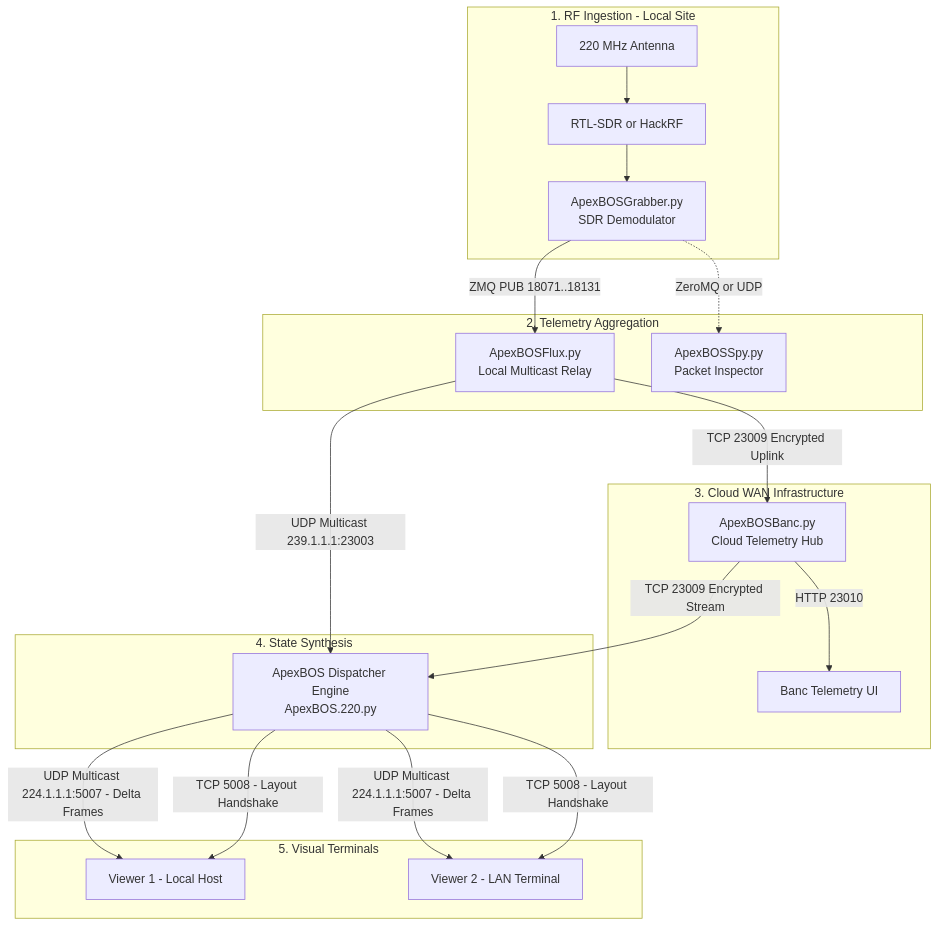
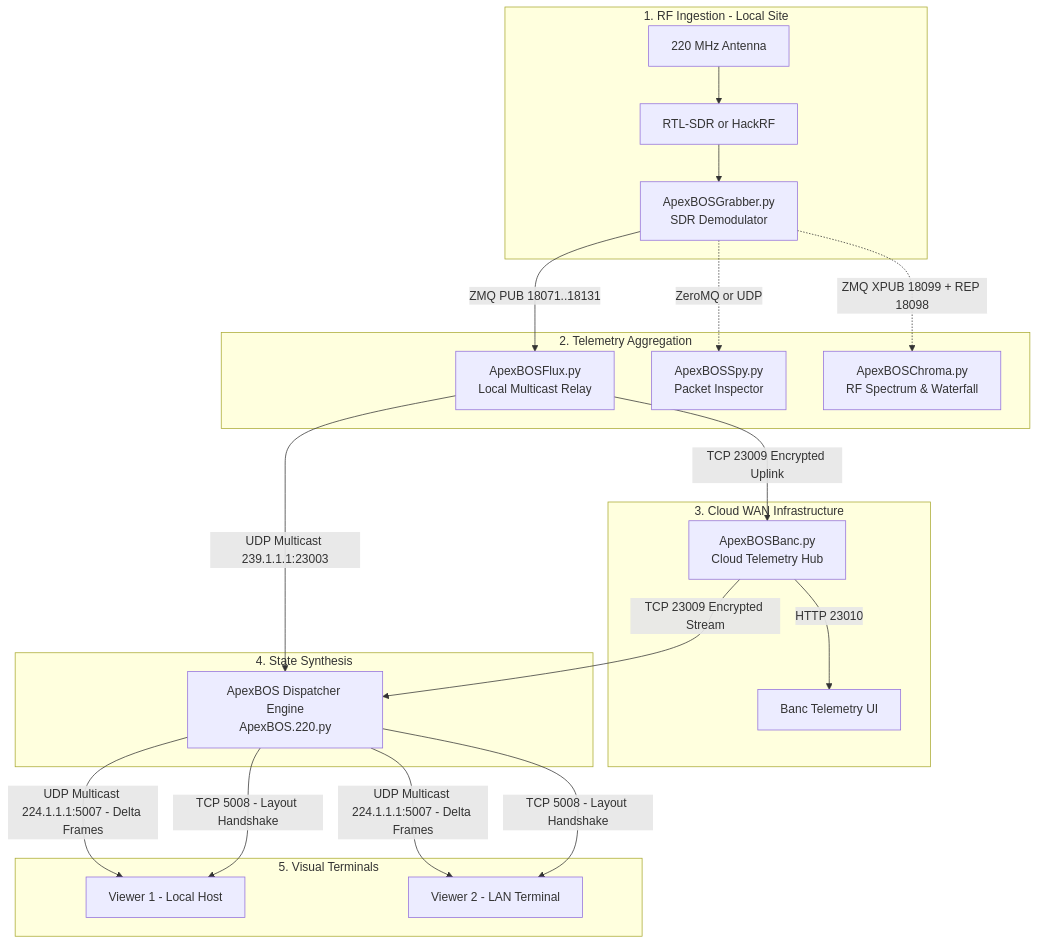
One commit to apexbos-eng/ApexBOS.220 changed the first of 6 diagrams in README.md. Above: the diagram before and after it, drawn with Mermaid. The commit also changed other lines of this file and 8 other files, not shown here.

Commit message:
v26.1123.03: Added Chroma - RF Spectrum waterfall display for PTC.

````diff
--- a/README.md
+++ b/README.md
@@ -104,29 +105,30 @@
 ```mermaid
 flowchart TD
     subgraph RF_Layer["1. RF Ingestion - Local Site"]
         ANT["220 MHz Antenna"] --> SDR["RTL-SDR or HackRF"]
         SDR --> GRAB["ApexBOSGrabber.py<br/>SDR Demodulator"]
     end
 
     subgraph Relay_Layer["2. Telemetry Aggregation"]
         GRAB -->|"ZMQ PUB 18071..18131"| FLUX["ApexBOSFlux.py<br/>Local Multicast Relay"]
         GRAB -.->|"ZeroMQ or UDP"| SPY["ApexBOSSpy.py<br/>Packet Inspector"]
+        GRAB -.->|"ZMQ XPUB 18099 + REP 18098"| CHROMA["ApexBOSChroma.py<br/>RF Spectrum & Waterfall"]
     end
 
     subgraph Cloud_Layer["3. Cloud WAN Infrastructure"]
         FLUX -->|"TCP 23009 Encrypted Uplink"| BANC["ApexBOSBanc.py<br/>Cloud Telemetry Hub"]
         BANC -->|"HTTP 23010"| WEB["Banc Telemetry UI"]
     end
 
     subgraph Processing_Layer["4. State Synthesis"]
         FLUX -->|"UDP Multicast 239.1.1.1:23003"| ENG["ApexBOS Dispatcher Engine<br/>ApexBOS.220.py"]
         BANC -->|"TCP 23009 Encrypted Stream"| ENG
     end
 
     subgraph Display_Layer["5. Visual Terminals"]
         ENG -->|"UDP Multicast 224.1.1.1:5007 - Delta Frames"| VIEW1["Viewer 1 - Local Host"]
         ENG -->|"UDP Multicast 224.1.1.1:5007 - Delta Frames"| VIEW2["Viewer 2 - LAN Terminal"]
         ENG -->|"TCP 5008 - Layout Handshake"| VIEW1
         ENG -->|"TCP 5008 - Layout Handshake"| VIEW2
     end
 ```
````
